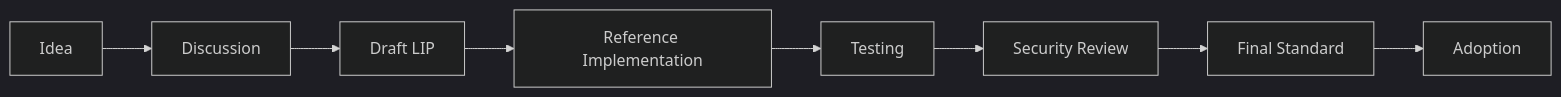
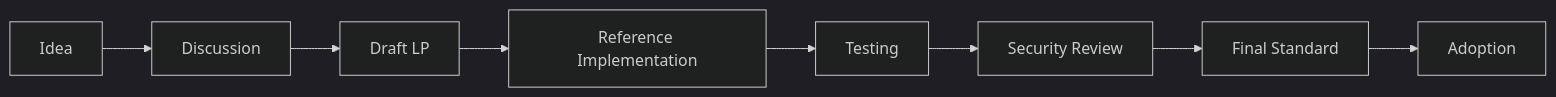
One commit to luxfi/lps changed the diagram in phases/phase-7-application-standards.md. Above: the diagram before and after it, drawn with Mermaid (dark theme). The commit also changed other lines of this file and 101 other files, not shown here.

````diff
--- a/phases/phase-7-application-standards.md
+++ b/phases/phase-7-application-standards.md
@@ -191,10 +191,10 @@
 ```mermaid
 graph LR
     A[Idea] --> B[Discussion]
-    B --> C[Draft LIP]
+    B --> C[Draft LP]
     C --> D[Reference Implementation]
     D --> E[Testing]
     E --> F[Security Review]
     F --> G[Final Standard]
     G --> H[Adoption]
 ```
````
